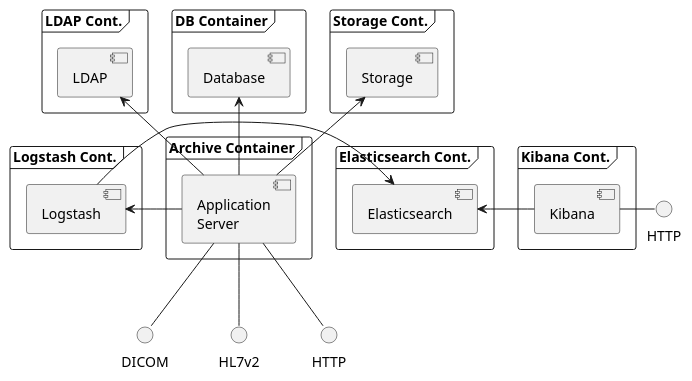
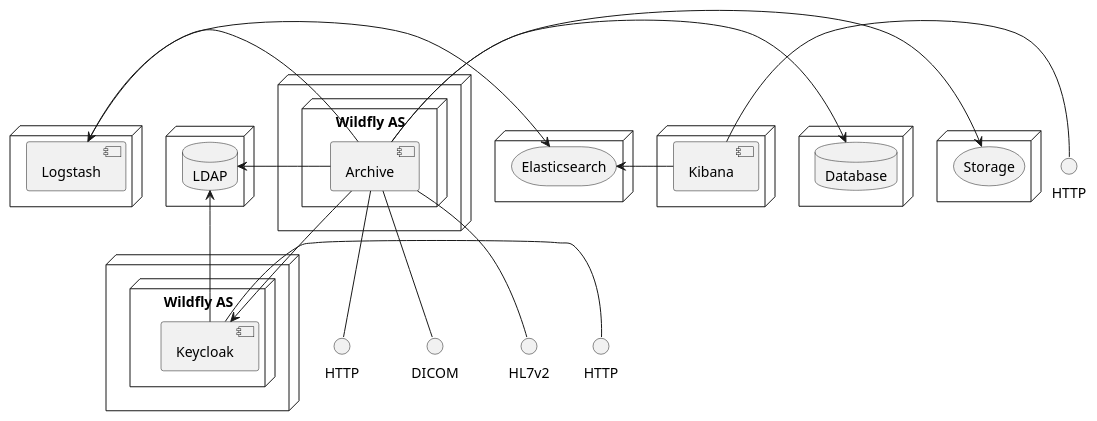
The diagram in docs/networking/model/docker-deployment.puml (dcm4che/dcm4chee-arc-cs), drawn with PlantUML before and after one commit. The commit also changed 2 other files, not shown here.

```diff
--- a/docs/networking/model/docker-deployment.puml
+++ b/docs/networking/model/docker-deployment.puml
@@ -1,28 +1,45 @@
 @startuml
-frame "Archive Container" {
-[Application\nServer] as arc
+skinparam componentStyle uml2
+node {
+database LDAP as ldap
 }
-frame "LDAP Cont." {
-[LDAP] <-- arc
+node {
+node "Wildfly AS" as wf1 {
+[Keycloak] as kc
 }
-frame "DB Container" {
-[Database] <-- arc
 }
-frame "Storage Cont." {
-[Storage] <-- arc
+node {
+node "Wildfly AS" {
+[Archive] as arc
 }
-frame "Logstash Cont." {
+}
+node {
+database "Database" as db
+}
+node {
+storage Storage
+}
+node {
 [Logstash] <- arc
 }
-frame "Elasticsearch Cont." {
-[Logstash] -> [Elasticsearch]
+node {
+storage Elasticsearch
 }
-frame "Kibana Cont." {
-[Elasticsearch] <- [Kibana]
+node {
+Elasticsearch <- [Kibana]
 }
-() HTTP as http
-[Kibana] - http
+() HTTP as http1
+() HTTP as http2
+() HTTP as http3
+arc --> kc
+ldap <-- kc
+ldap <- arc
+db <- arc
+Storage <- arc
+Logstash -> Elasticsearch
+kc - http1
 arc -- DICOM
 arc -- HL7v2
-arc -- HTTP
+arc -- http2
+Kibana - http3
 @enduml
```
